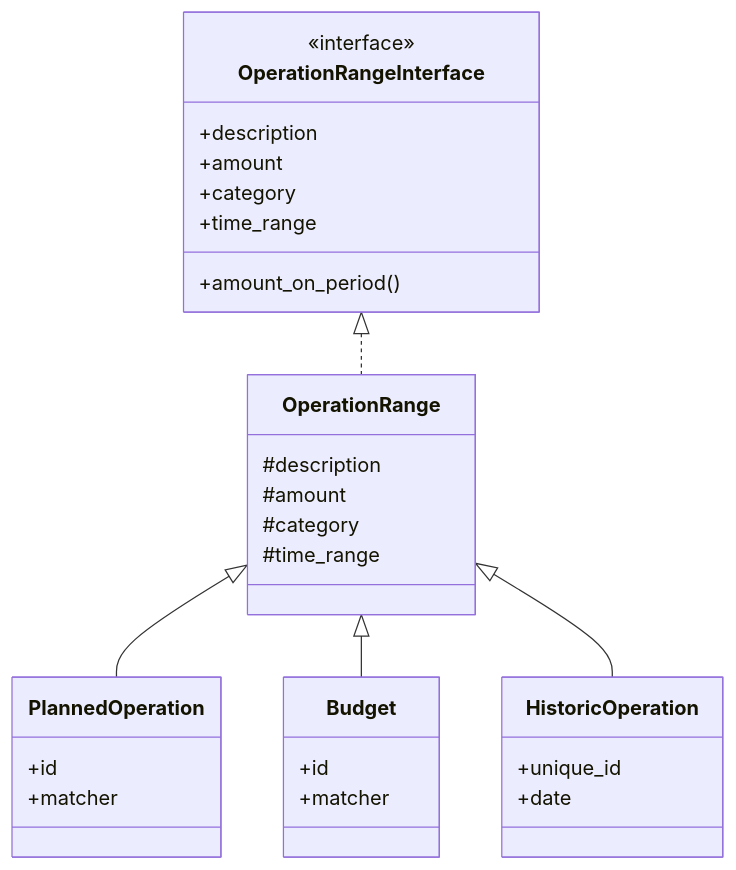
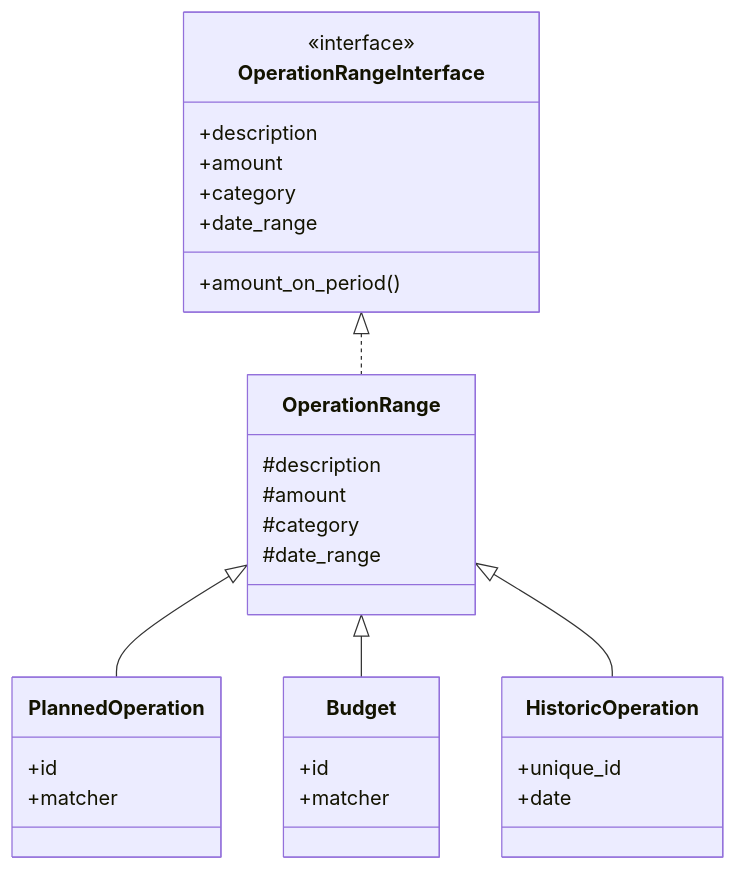
Before and after one commit to corentin-core/budget-forecaster: the first of 6 diagrams in docs/dev/operations.md, drawn with Mermaid. The commit also changed other lines of this file and 41 other files, not shown here.

First line of the commit message:
refactor: rename TimeRange classes to DateRange/Day terminology (#179) (#180)

````diff
--- a/docs/dev/operations.md
+++ b/docs/dev/operations.md
@@ -10,38 +10,38 @@
 ```mermaid
 classDiagram
     class OperationRangeInterface {
         <<interface>>
         +description
         +amount
         +category
-        +time_range
+        +date_range
         +amount_on_period()
     }
 
     class OperationRange {
         #description
         #amount
         #category
-        #time_range
+        #date_range
     }
 
     class PlannedOperation {
         +id
         +matcher
     }
 
     class Budget {
         +id
         +matcher
     }
 
     class HistoricOperation {
         +unique_id
         +date
     }
 
     OperationRangeInterface <|.. OperationRange
     OperationRange <|-- PlannedOperation
     OperationRange <|-- Budget
     OperationRange <|-- HistoricOperation
 ```
````
